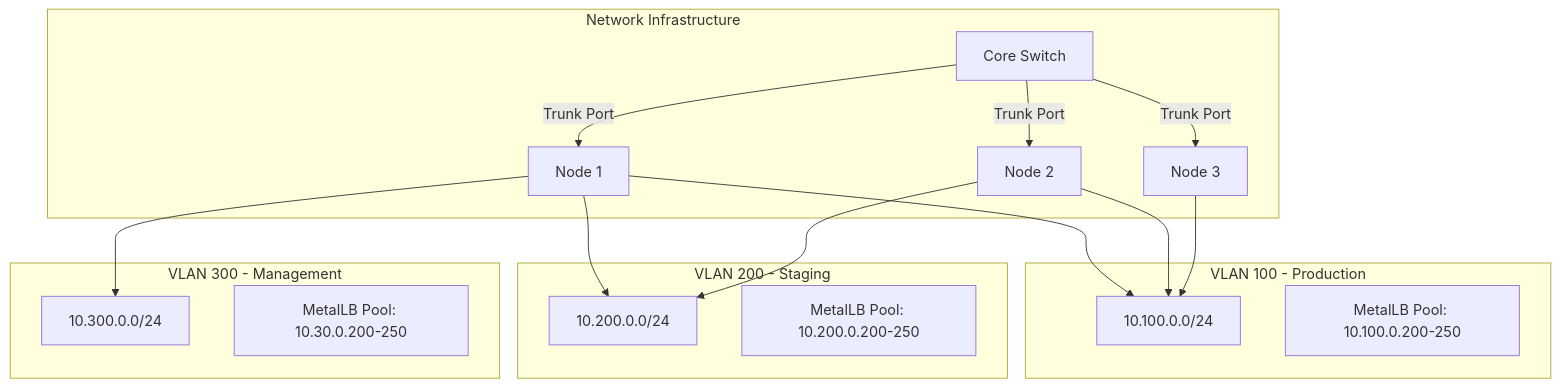
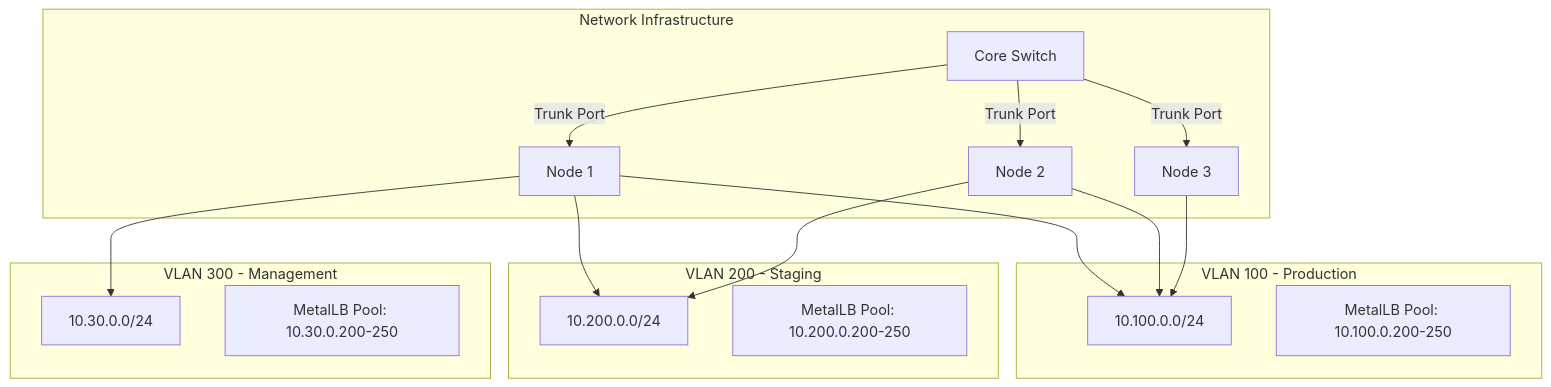
The first of 4 diagrams in posts/2026-01-07-metallb-vlan-networks/README.md (OneUptime/blog), drawn with Mermaid before and after one commit. The commit also changed other lines of this file and 2 other files, not shown here.

````diff
--- a/posts/2026-01-07-metallb-vlan-networks/README.md
+++ b/posts/2026-01-07-metallb-vlan-networks/README.md
@@ -58,31 +58,31 @@
 ```mermaid
 graph TB
     subgraph "Network Infrastructure"
         SW[Core Switch]
         SW --> |"Trunk Port"| N1[Node 1]
         SW --> |"Trunk Port"| N2[Node 2]
         SW --> |"Trunk Port"| N3[Node 3]
     end
 
     subgraph "VLAN 100 - Production"
         V100[10.100.0.0/24]
         IP100[MetalLB Pool: 10.100.0.200-250]
     end
 
     subgraph "VLAN 200 - Staging"
         V200[10.200.0.0/24]
         IP200[MetalLB Pool: 10.200.0.200-250]
     end
 
     subgraph "VLAN 300 - Management"
-        V300[10.300.0.0/24]
+        V300[10.30.0.0/24]
         IP300[MetalLB Pool: 10.30.0.200-250]
     end
 
     N1 --> V100
     N1 --> V200
     N1 --> V300
     N2 --> V100
     N2 --> V200
     N3 --> V100
 ```
````
